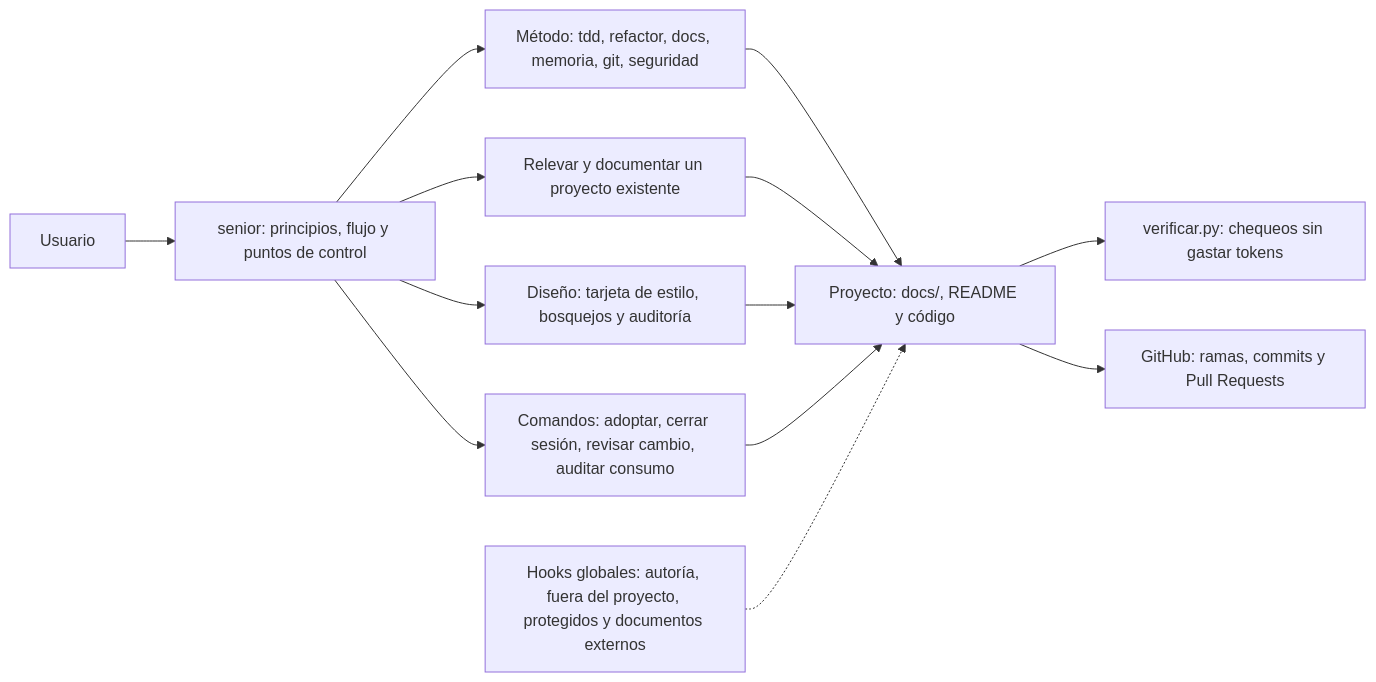
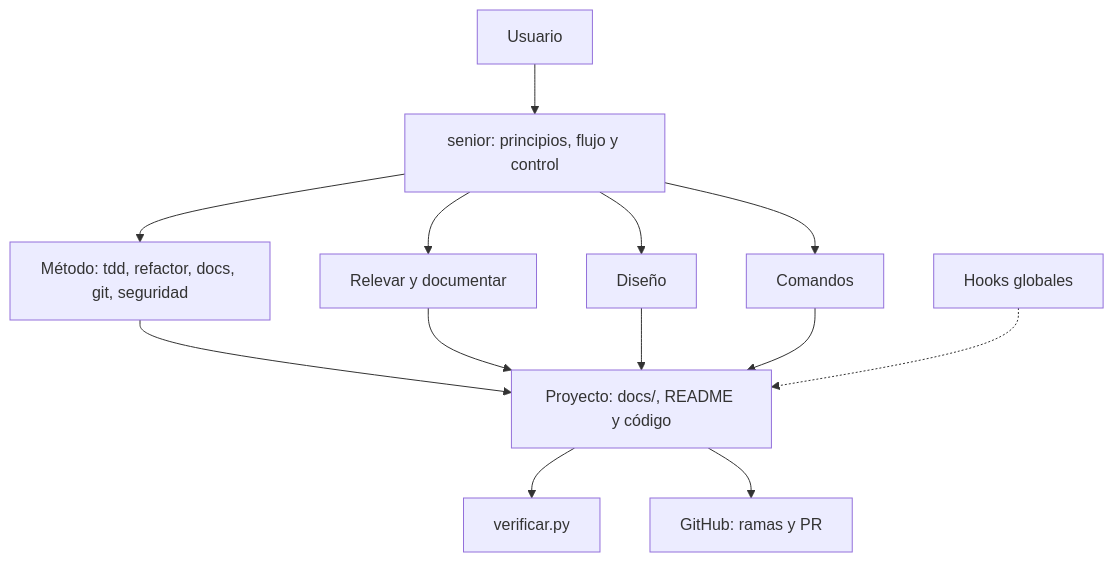
One commit to dante-sinesi/senior-developer-skill changed the diagram in docs/diagramas/paquete.md. Above: the diagram before and after it, drawn with Mermaid. The commit also changed 2 other files, not shown here.

Commit message:
fix(docs): diagramas del ciclo de trabajo y del paquete en vertical y con etiquetas cortas (#25)

````diff
--- a/docs/diagramas/paquete.md
+++ b/docs/diagramas/paquete.md
@@ -14,15 +14,15 @@
 ```mermaid
-flowchart LR
-    U["Usuario"] --> S["senior: principios, flujo y puntos de control"]
-    S --> M["Método: tdd, refactor, docs, memoria, git, seguridad"]
-    S --> R["Relevar y documentar un proyecto existente"]
-    S --> D["Diseño: tarjeta de estilo, bosquejos y auditoría"]
-    S --> C["Comandos: adoptar, cerrar sesión, revisar cambio, auditar consumo"]
+flowchart TB
+    U["Usuario"] --> S["senior: principios, flujo y control"]
+    S --> M["Método: tdd, refactor, docs, git, seguridad"]
+    S --> R["Relevar y documentar"]
+    S --> D["Diseño"]
+    S --> C["Comandos"]
     M --> P["Proyecto: docs/, README y código"]
     R --> P
     D --> P
     C --> P
-    P --> V["verificar.py: chequeos sin gastar tokens"]
-    H["Hooks globales: autoría, fuera del proyecto, protegidos y documentos externos"] -.-> P
-    P --> G["GitHub: ramas, commits y Pull Requests"]
+    P --> V["verificar.py"]
+    P --> G["GitHub: ramas y PR"]
+    H["Hooks globales"] -.-> P
 ```
````
